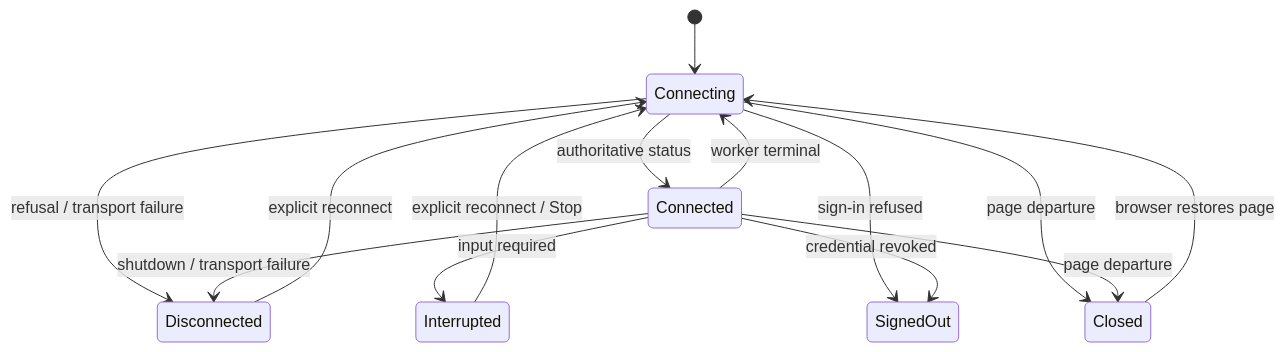
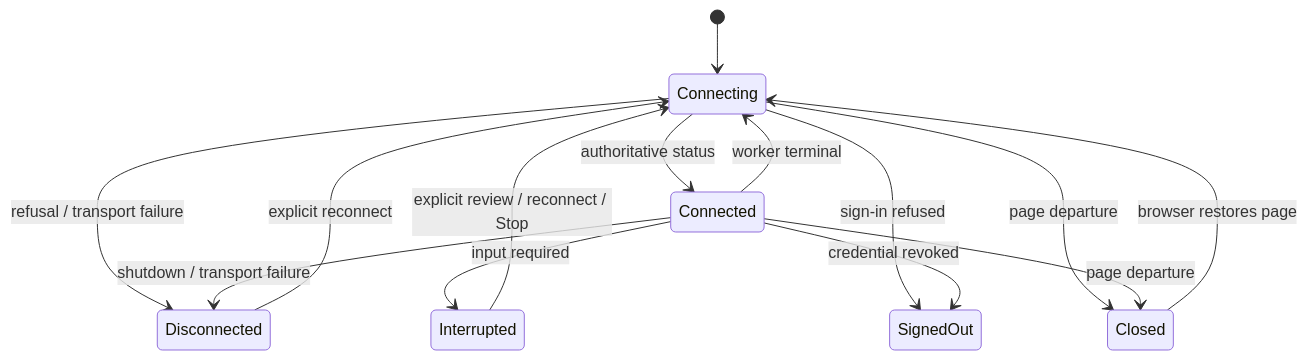
The diagram in SPEC.md (plurnk/plurnk-web), drawn with Mermaid before and after one commit. The commit also changed other lines of this file and 16 other files, not shown here.

````diff
--- a/SPEC.md
+++ b/SPEC.md
@@ -283,16 +283,16 @@
 ```mermaid
 stateDiagram-v2
     [*] --> Connecting
     Connecting --> Connected: authoritative status
     Connected --> Connecting: worker terminal
     Connecting --> Disconnected: refusal / transport failure
     Connected --> Disconnected: shutdown / transport failure
     Connected --> Interrupted: input required
-    Interrupted --> Connecting: explicit reconnect / Stop
+    Interrupted --> Connecting: explicit review / reconnect / Stop
     Disconnected --> Connecting: explicit reconnect
     Connecting --> SignedOut: sign-in refused
     Connected --> SignedOut: credential revoked
     Connecting --> Closed: page departure
     Connected --> Closed: page departure
     Closed --> Connecting: browser restores page
 ```
````
